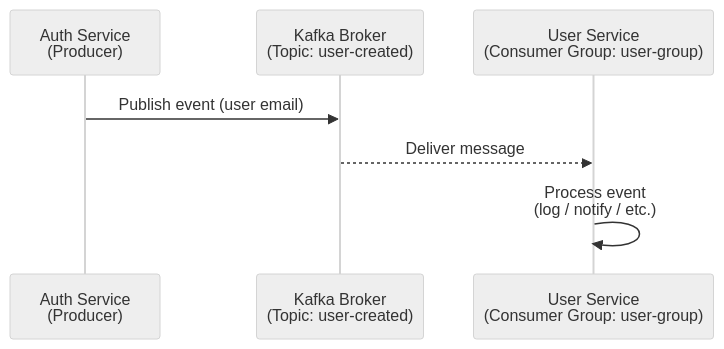
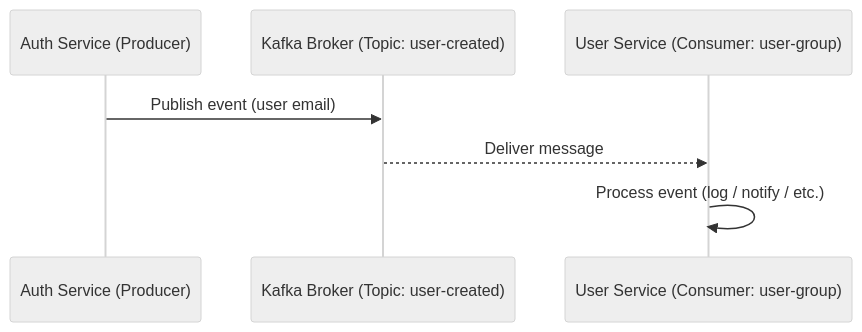
Before and after one commit to arpondark/microservice-lms-system-springboot: the third of 7 diagrams in working methode archireture.md, drawn with Mermaid (neutral theme). The commit also changed other lines of this file and 10 other files, not shown here.

````diff
--- a/working methode archireture.md
+++ b/working methode archireture.md
@@ -160,10 +160,10 @@
 ```mermaid
 sequenceDiagram
-    participant AS as Auth Service<br/>(Producer)
-    participant KF as Kafka Broker<br/>(Topic: user-created)
-    participant US as User Service<br/>(Consumer Group: user-group)
+    participant AS as Auth Service (Producer)
+    participant KF as Kafka Broker (Topic: user-created)
+    participant US as User Service (Consumer: user-group)
 
     AS->>KF: Publish event (user email)
     KF-->>US: Deliver message
-    US->>US: Process event<br/>(log / notify / etc.)
+    US->>US: Process event (log / notify / etc.)
 ```
````
